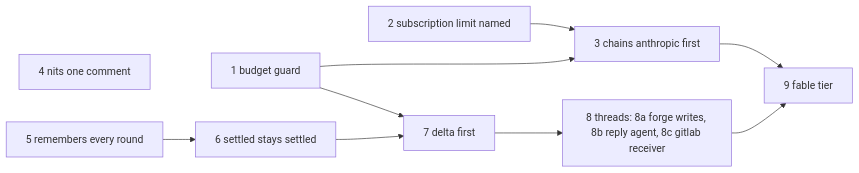
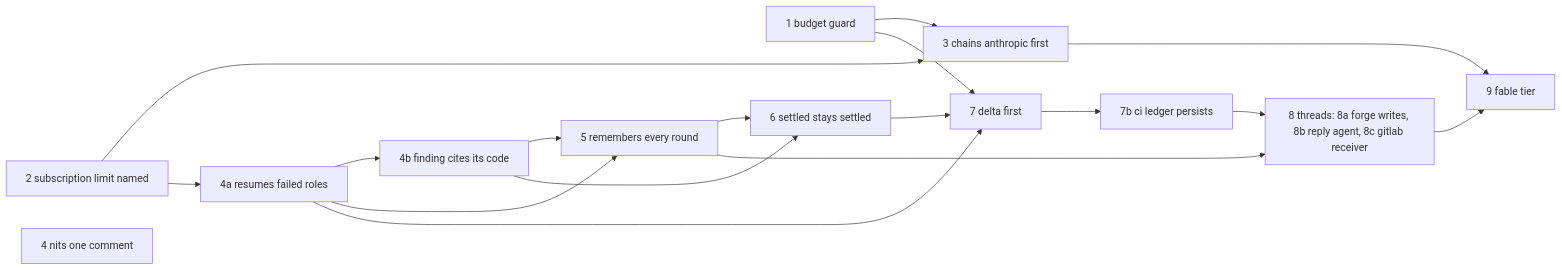
Before and after one commit to repoachhq/repoach: the diagram in docs/specs/2026-11-15_SP-REVIEW-CONVERGES_umbrella-a-review-converges-in-few-rounds-on-a-budget.md, drawn with Mermaid. The commit also changed other lines of this file and 1 other file, not shown here.

Commit message:
docs(specs): approve ci ledger persists and seat every umbrella row

````diff
--- a/docs/specs/2026-11-15_SP-REVIEW-CONVERGES_umbrella-a-review-converges-in-few-rounds-on-a-budget.md
+++ b/docs/specs/2026-11-15_SP-REVIEW-CONVERGES_umbrella-a-review-converges-in-few-rounds-on-a-budget.md
@@ -199,12 +227,19 @@
 ```mermaid
 flowchart LR
     A[1 budget guard] --> C[3 chains anthropic first]
     B[2 subscription limit named] --> C
     N[4 nits one comment]
-    H[5 remembers every round] --> S[6 settled stays settled]
+    B --> R[4a resumes failed roles] --> I[4b finding cites its code]
+    R --> H[5 remembers every round]
+    I --> H
+    H --> S[6 settled stays settled]
+    I --> S
     S --> D[7 delta first]
     A --> D
-    D --> T[8 threads: 8a forge writes, 8b reply agent, 8c gitlab receiver]
+    R --> D
+    D --> P[7b ci ledger persists]
+    P --> T[8 threads: 8a forge writes, 8b reply agent, 8c gitlab receiver]
+    H --> T
     C --> F[9 fable tier]
     T --> F
 ```
````
